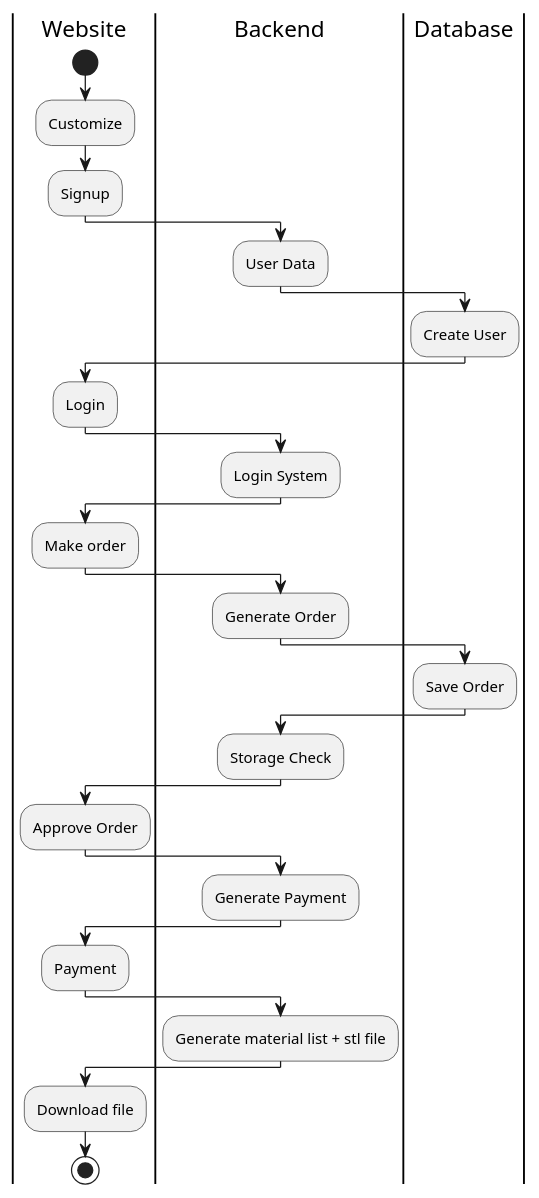
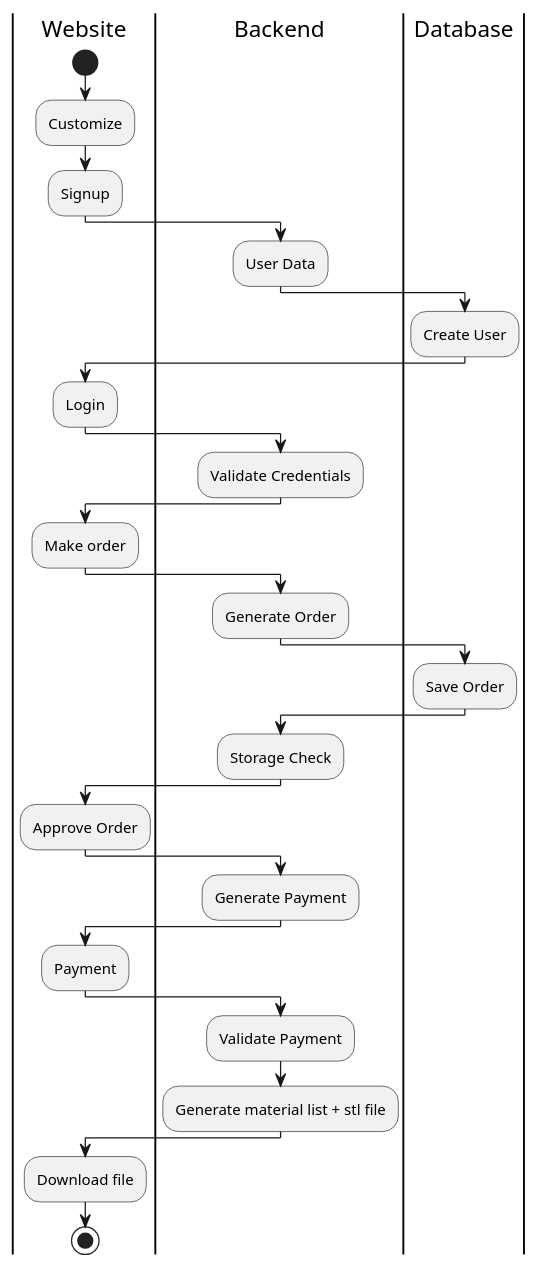
Before and after one commit to HeinLarsen/fog-carport: the diagram in documentation/AktivitetsDiagram.puml, drawn with PlantUML.

Commit message:
added Validate Payment & Validate Credentials

```diff
--- a/documentation/AktivitetsDiagram.puml
+++ b/documentation/AktivitetsDiagram.puml
@@ -1,37 +1,39 @@
 @startuml
 'https://plantuml.com/activity-diagram-beta
 
 |Website|
 start
 :Customize;
 :Signup;
 |Backend|
 :User Data;
 |Backend|
 |Database|
 :Create User;
 |Website|
 :Login;
 |Backend|
-:Login System;
+:Validate Credentials;
 |Website|
 :Make order;
 |Backend|
 :Generate Order;
 |Database|
 :Save Order;
 |Backend|
 :Storage Check;
 |Website|
 :Approve Order;
 |Backend|
 :Generate Payment;
 |Website|
 :Payment;
 |Backend|
+:Validate Payment;
+|Backend|
 :Generate material list + stl file;
 |Website|
 :Download file;
 stop
 
 @enduml
```
